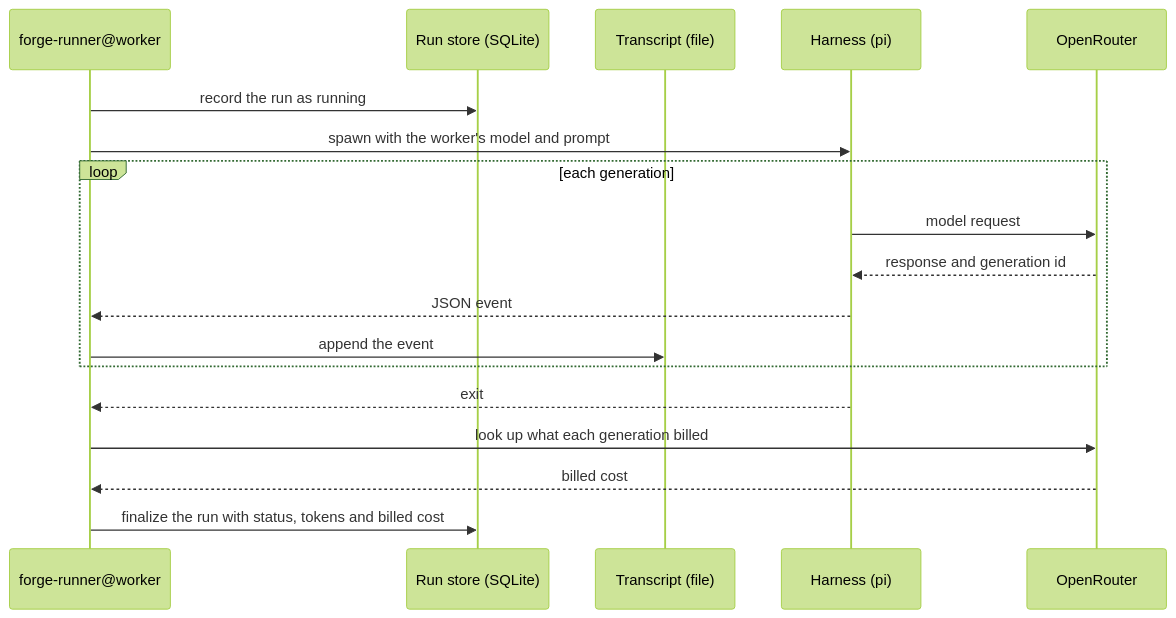
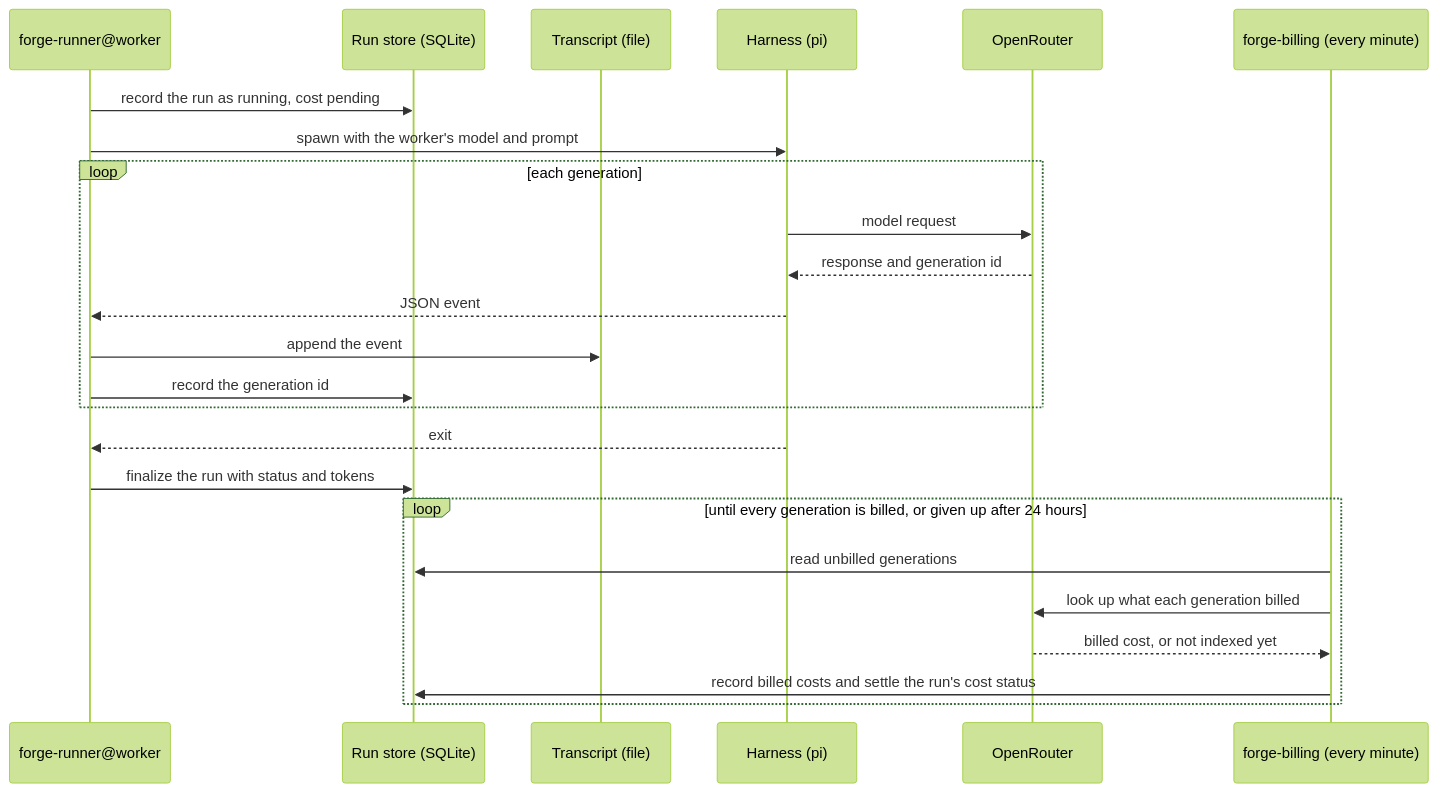
One commit to rameezk/forge changed the third of 3 diagrams in README.md. Above: the diagram before and after it, drawn with Mermaid (forest theme). The commit also changed other lines of this file and 31 other files, not shown here.

Commit message:
feat: settle billed cost after the run with a billing service (#95)

````diff
--- a/README.md
+++ b/README.md
@@ -94,21 +99,27 @@
 ```mermaid
 sequenceDiagram
     participant R as forge-runner@worker
     participant S as Run store (SQLite)
     participant T as Transcript (file)
     participant H as Harness (pi)
     participant O as OpenRouter
+    participant B as forge-billing (every minute)
 
-    R->>S: record the run as running
+    R->>S: record the run as running, cost pending
     R->>H: spawn with the worker's model and prompt
     loop each generation
         H->>O: model request
         O-->>H: response and generation id
         H-->>R: JSON event
         R->>T: append the event
+        R->>S: record the generation id
     end
     H-->>R: exit
-    R->>O: look up what each generation billed
-    O-->>R: billed cost
-    R->>S: finalize the run with status, tokens and billed cost
+    R->>S: finalize the run with status and tokens
+    loop until every generation is billed, or given up after 24 hours
+        B->>S: read unbilled generations
+        B->>O: look up what each generation billed
+        O-->>B: billed cost, or not indexed yet
+        B->>S: record billed costs and settle the run's cost status
+    end
 ```
````
